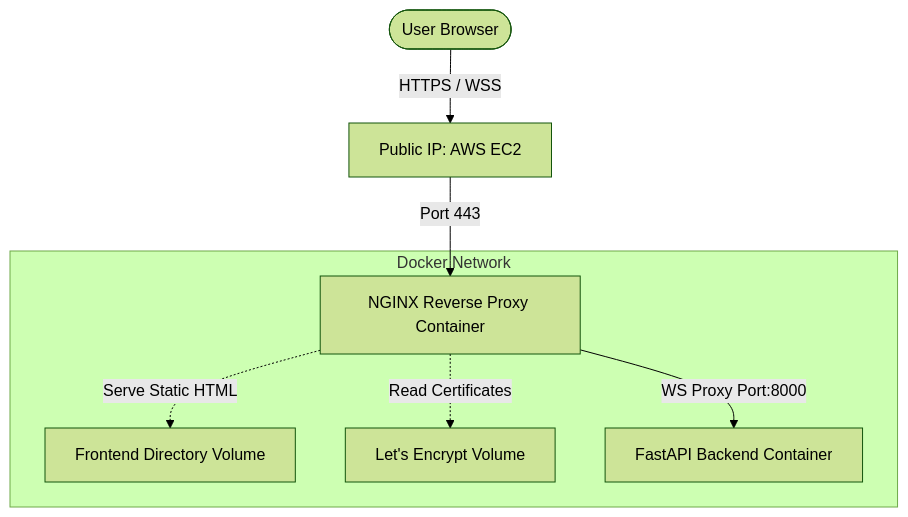
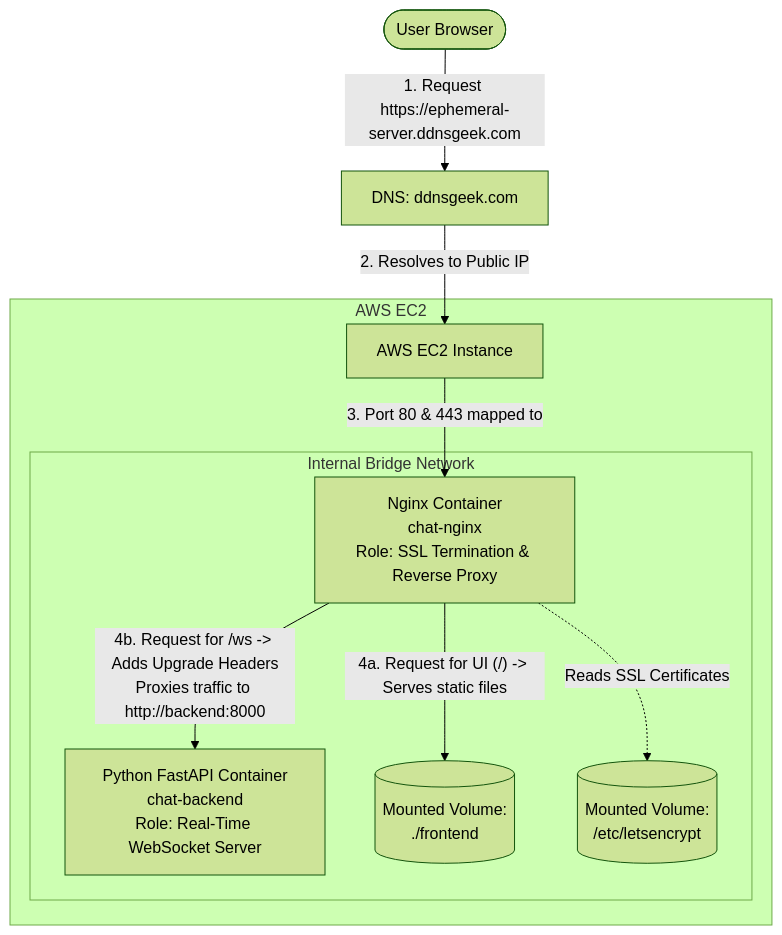
Before and after one commit to geekcoderr/devops_assignmnet: the diagram in README.md, drawn with Mermaid (forest theme). The commit also changed 1 other file, not shown here.

Commit message:
Fix CI/CD directory path to devops_assignmnet

````diff
--- a/README.md
+++ b/README.md
@@ -12,11 +12,19 @@
 ```mermaid
 graph TD
-    User([User Browser]) -->|HTTPS / WSS| Server[Public IP: AWS EC2]
-    Server -->|Port 443| Nginx[NGINX Reverse Proxy Container]
+    User([User Browser]) -- "1. Request https://ephemeral-server.ddnsgeek.com" --> DNS[DNS: ddnsgeek.com]
+    DNS -- "2. Resolves to Public IP" --> EC2[AWS EC2 Instance]
     
-    subgraph Docker Network
-        Nginx -.->|Serve Static HTML| Frontend[Frontend Directory Volume]
-        Nginx -.->|Read Certificates| SSL[Let's Encrypt Volume]
-        Nginx -->|WS Proxy Port:8000| Backend[FastAPI Backend Container]
+    subgraph Docker Host [AWS EC2]
+        EC2 -- "3. Port 80 & 443 mapped to" --> Nginx
+        
+        subgraph Docker Network [Internal Bridge Network]
+            Nginx[Nginx Container\nchat-nginx\nRole: SSL Termination & Reverse Proxy]
+            Backend[Python FastAPI Container\nchat-backend\nRole: Real-Time WebSocket Server]
+            
+            Nginx -- "4a. Request for UI (/) -> Serves static files" --> VolFrontend[(Mounted Volume:\n./frontend)]
+            Nginx -. "Reads SSL Certificates" .-> VolSSL[(Mounted Volume:\n/etc/letsencrypt)]
+            
+            Nginx -- "4b. Request for /ws -> Adds Upgrade Headers\nProxies traffic to http://backend:8000" --> Backend
+        end
     end
 ```
````
